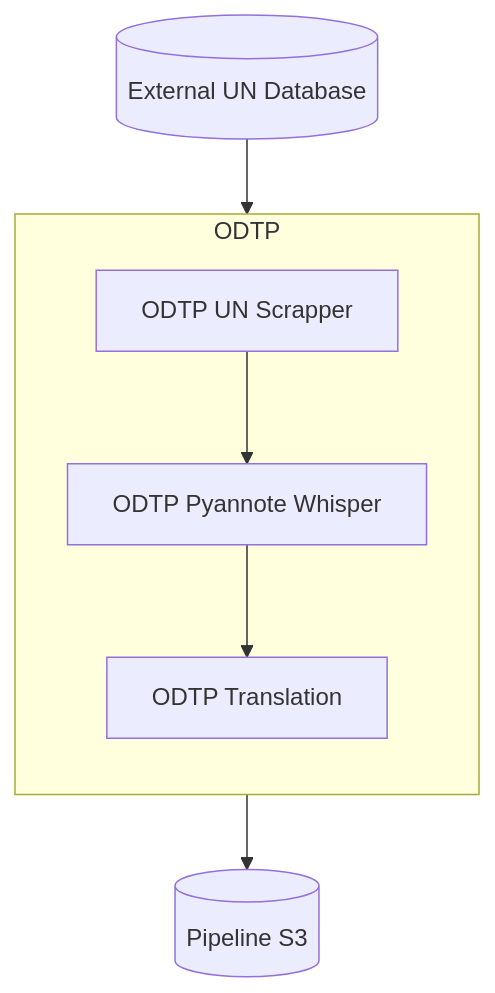
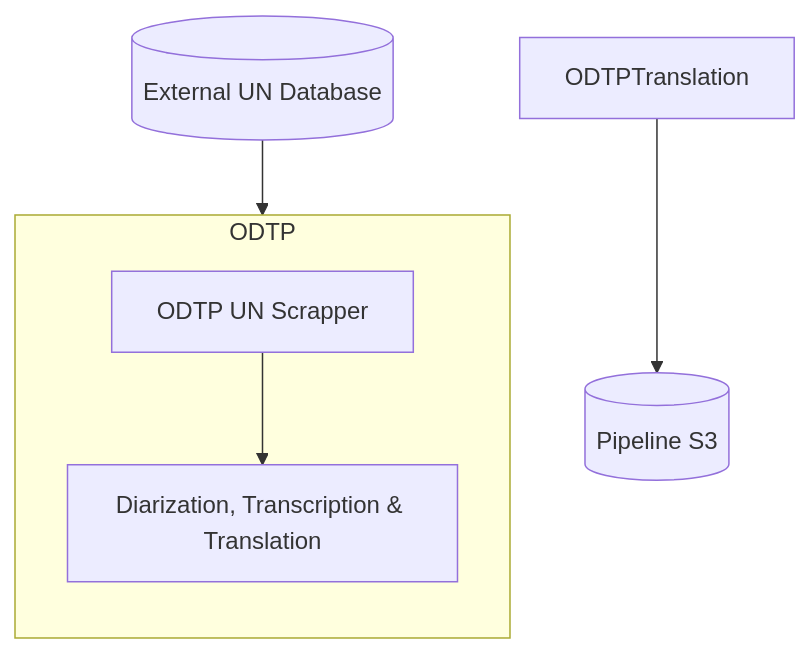
The diagram in docs/docs/processing.md (sdsc-ordes/debates-app), drawn with Mermaid before and after one commit. The commit also changed other lines of this file and 4 other files, not shown here.

````diff
--- a/docs/docs/processing.md
+++ b/docs/docs/processing.md
@@ -9,11 +9,9 @@
 ``` mermaid
 graph TB
     ExternalUNDatabase[(External UN Database)] --> UNScrapper[ODTP UN Scrapper]
     subgraph ODTP
     direction TB
-        UNScrapper --> ODTPPyannoteWhisper[ODTP Pyannote Whisper]
-        ODTPPyannoteWhisper --> ODTPTranslation[ODTP Translation]
-        ODTPTranslation
+        UNScrapper --> ODTPPyannoteWhisper[Diarization, Transcription & Translation]
     end
     ODTPTranslation --> UNS3[(Pipeline S3)]
 ```
````
